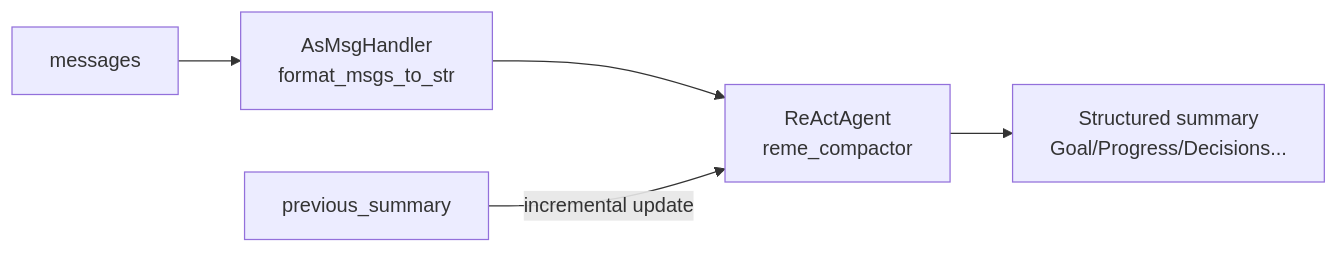
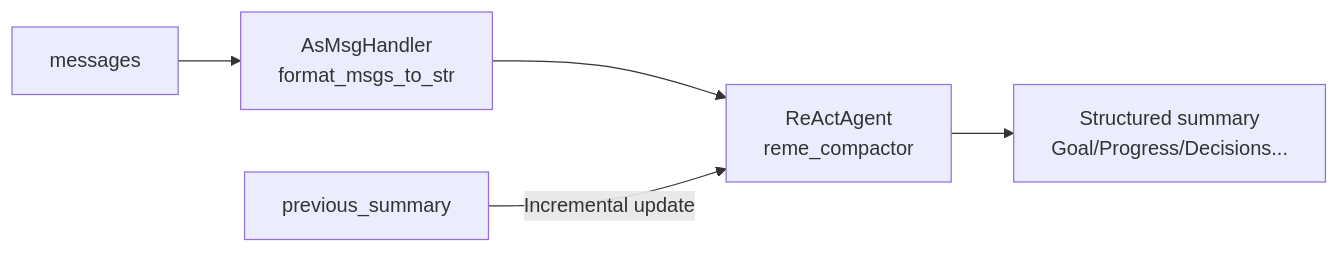
Before and after one commit to agentscope-ai/ReMe: the third of 9 diagrams in README.md, drawn with Mermaid. The commit also changed other lines of this file and 1 other file, not shown here.

````diff
--- a/README.md
+++ b/README.md
@@ -222,7 +222,7 @@
 ```mermaid
 graph LR
     M[messages] --> H[AsMsgHandler<br>format_msgs_to_str]
     H --> A[ReActAgent<br>reme_compactor]
-    P[previous_summary] -->|incremental update| A
+    P[previous_summary] -->|Incremental update| A
     A --> S[Structured summary<br>Goal/Progress/Decisions...]
 ```
````
